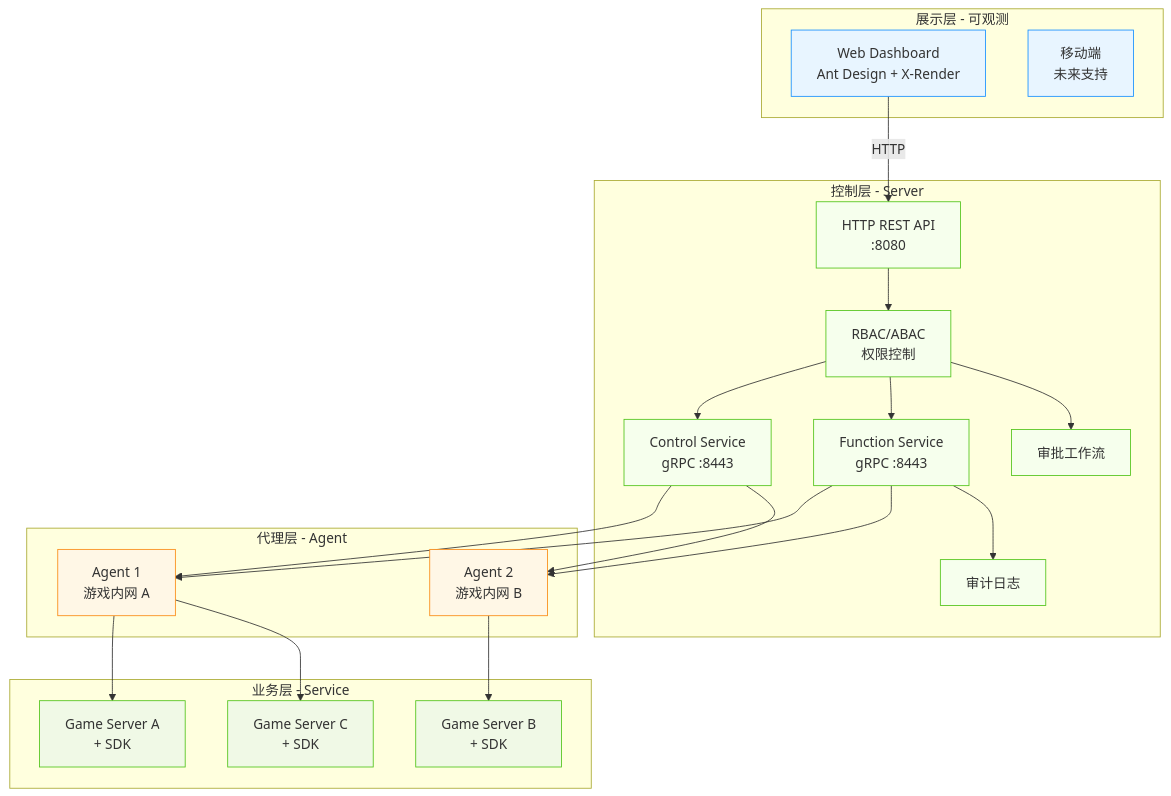
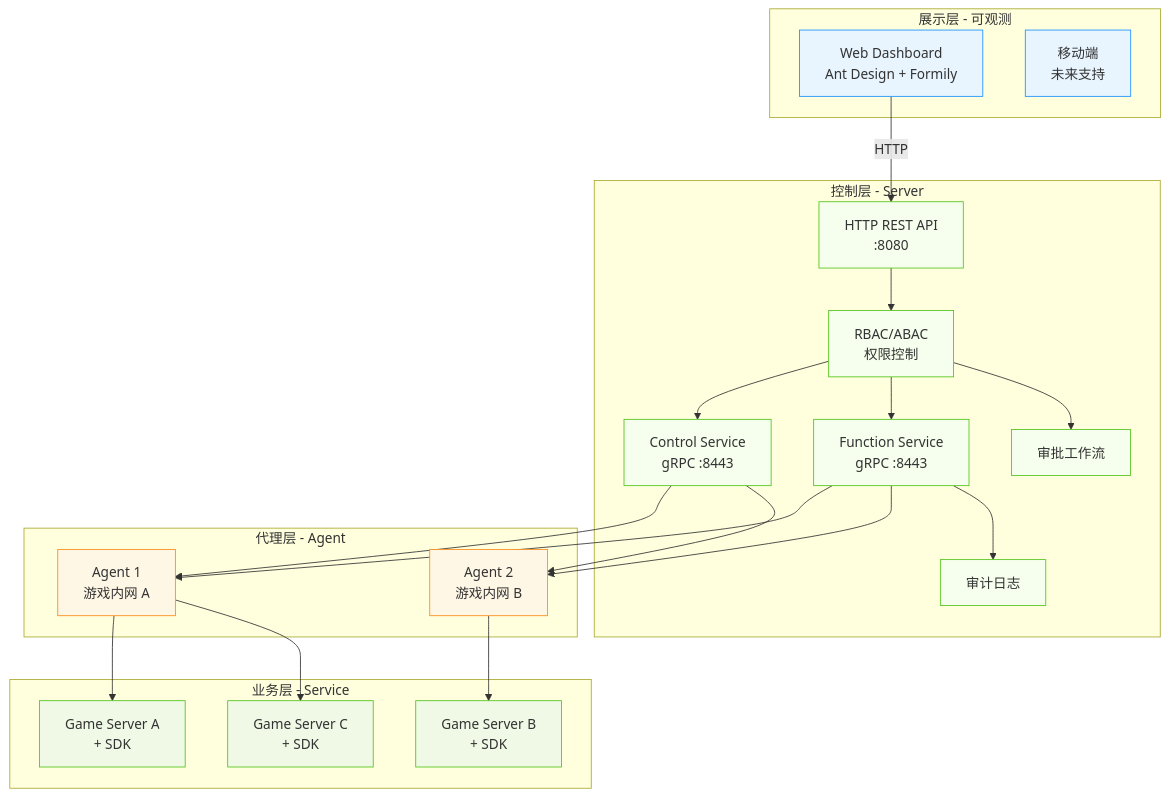
The diagram in docs/architecture/README.md (cuihairu/croupier), drawn with Mermaid before and after one commit. The commit also changed other lines of this file and 53 other files, not shown here.

````diff
--- a/docs/architecture/README.md
+++ b/docs/architecture/README.md
@@ -18,52 +18,52 @@
 ```mermaid
 graph TB
   subgraph "展示层 - 可观测"
-    Dashboard[Web Dashboard<br/>Ant Design + X-Render]
+    Dashboard[Web Dashboard<br/>Ant Design + Formily]
     Mobile[移动端<br/>未来支持]
   end
 
   subgraph "控制层 - Server"
     API[HTTP REST API<br/>:8080]
     Control[Control Service<br/>gRPC :8443]
     Function[Function Service<br/>gRPC :8443]
     RBAC[RBAC/ABAC<br/>权限控制]
     Audit[审计日志]
     Approval[审批工作流]
   end
 
   subgraph "代理层 - Agent"
     Agent1[Agent 1<br/>游戏内网 A]
     Agent2[Agent 2<br/>游戏内网 B]
   end
 
   subgraph "业务层 - Service"
     GS1[Game Server A<br/>+ SDK]
     GS2[Game Server B<br/>+ SDK]
     GS3[Game Server C<br/>+ SDK]
   end
 
   Dashboard -->|HTTP| API
   API --> RBAC
   RBAC --> Control
   RBAC --> Function
   Control --> Agent1
   Control --> Agent2
   Function --> Agent1
   Function --> Agent2
   Agent1 --> GS1
   Agent2 --> GS2
   Agent1 --> GS3
 
   Function --> Audit
   RBAC --> Approval
 
   classDef ui fill:#e8f5ff,stroke:#1890ff
   classDef server fill:#f6ffed,stroke:#52c41a
   classDef agent fill:#fff7e6,stroke:#fa8c16
   classDef service fill:#f0f9e6,stroke:#52c41a
 
   class Dashboard,Mobile ui
   class API,Control,Function,RBAC,Audit,Approval server
   class Agent1,Agent2 agent
   class GS1,GS2,GS3 service
 ```
````
